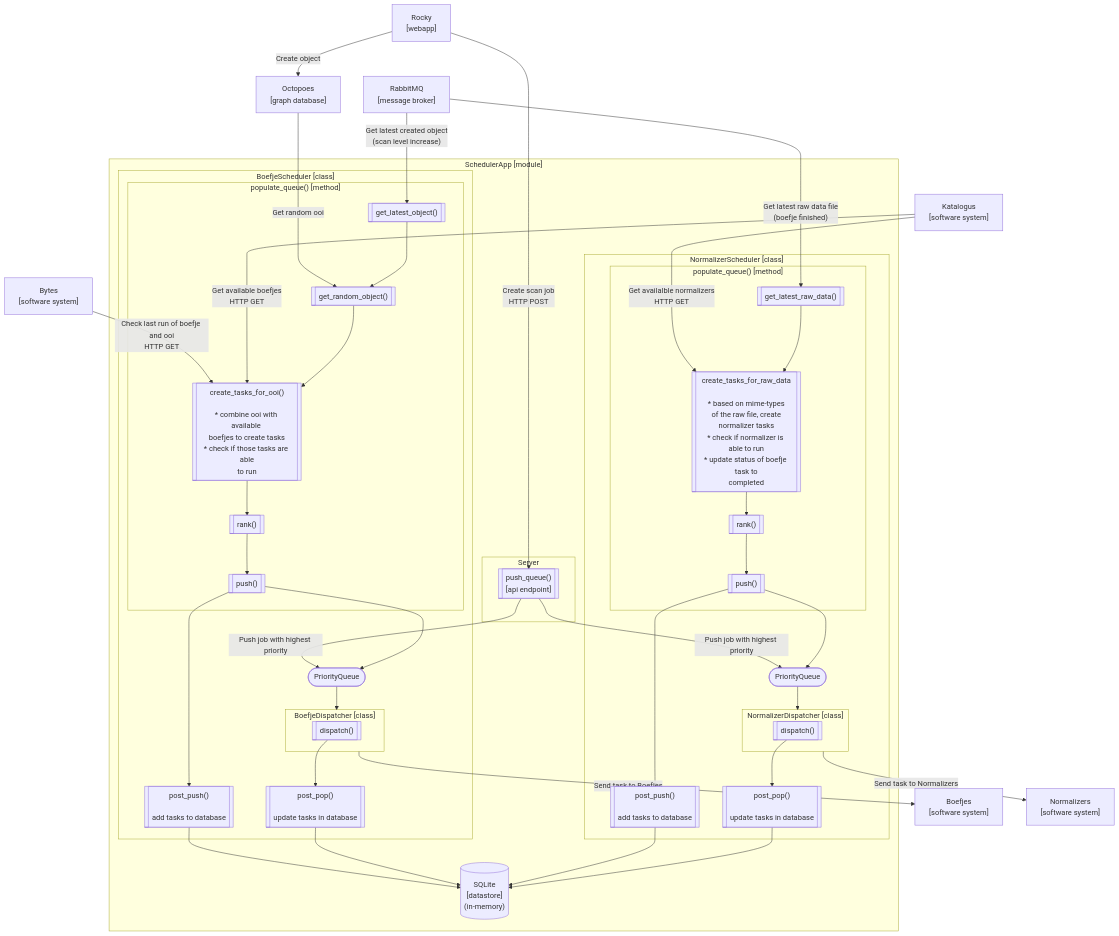
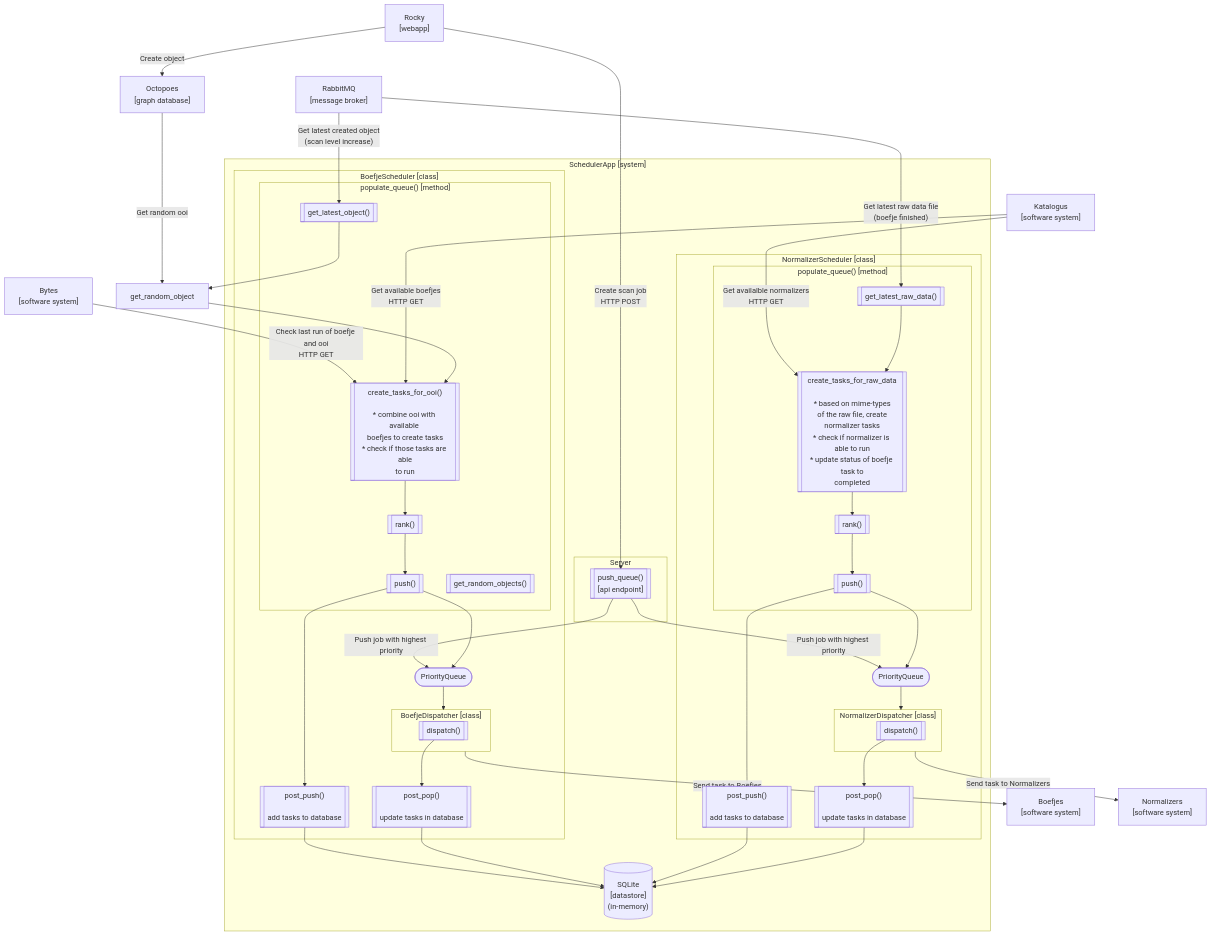
The second of 3 diagrams in docs/design.md (minvws/nl-kat-mula), drawn with Mermaid before and after one commit. The commit also changed other lines of this file and 1 other file, not shown here.

```diff
--- a/docs/design.md
+++ b/docs/design.md
@@ -112,13 +127,12 @@
     post_pop_normalizer-->Datastore
     NormalizerDispatcher--"Send task to Normalizers"-->Normalizers
 
-
-    subgraph Scheduler["SchedulerApp [module]"]
+    subgraph Scheduler["SchedulerApp [system]"]
 
         subgraph BoefjeScheduler["BoefjeScheduler [class]"]
             subgraph BoefjePopulateQueue["populate_queue() [method]"]
                 get_latest_object[["get_latest_object()"]]
-                get_random_object[["get_random_object()"]]
+                get_random_objects[["get_random_objects()"]]
                 create_tasks_for_ooi[["create_tasks_for_ooi()<br/><br/>* combine ooi with available <br/>boefjes to create tasks<br/>* check if those tasks are able<br/>to run"]]
                 rank_boefje[["rank()"]]
                 push_boefje[["push()"]]
```
